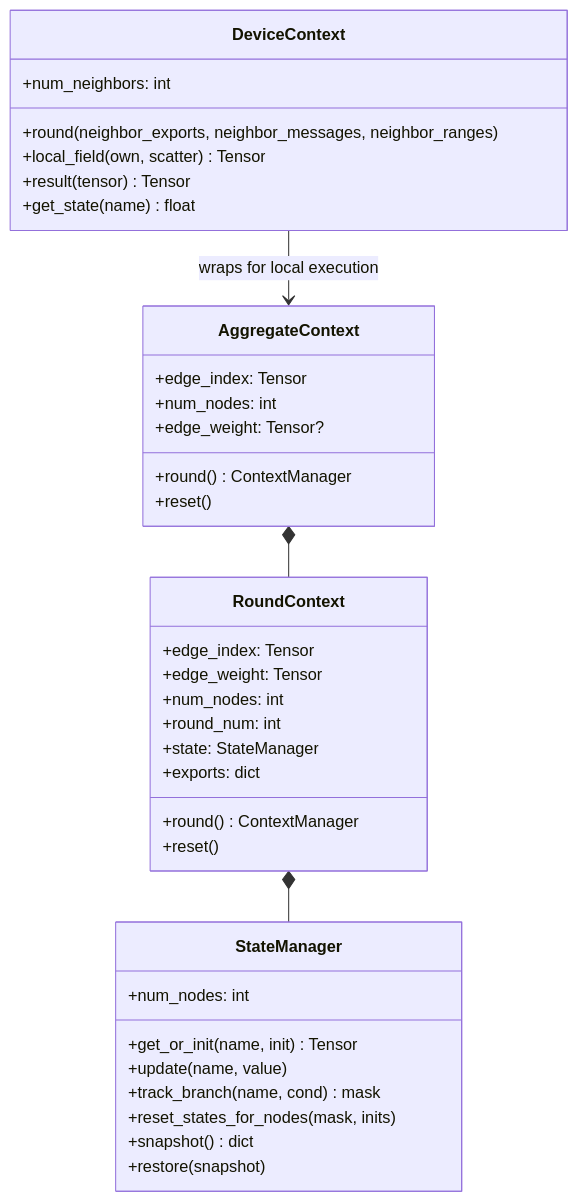
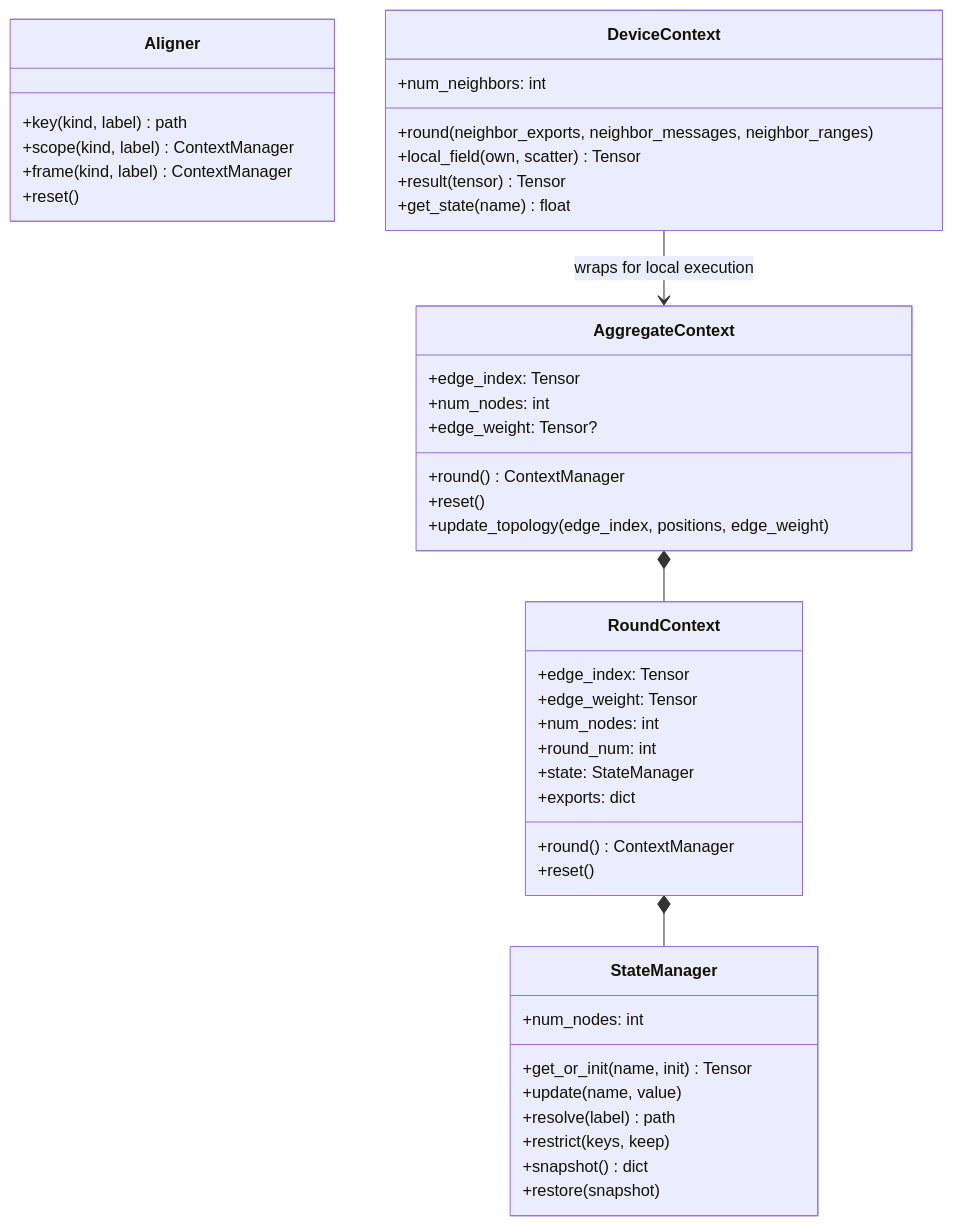
Before and after one commit to cric96/DifField: the second of 15 diagrams in docs/architecture.md, drawn with Mermaid. The commit also changed other lines of this file and 141 other files, not shown here.

````diff
--- a/docs/architecture.md
+++ b/docs/architecture.md
@@ -84,43 +84,51 @@
 ```mermaid
 classDiagram
     class AggregateContext {
         +edge_index: Tensor
         +num_nodes: int
         +edge_weight: Tensor?
         +round() ContextManager
         +reset()
+        +update_topology(edge_index, positions, edge_weight)
     }
 
     class RoundContext {
         +edge_index: Tensor
         +edge_weight: Tensor
         +num_nodes: int
         +round_num: int
         +state: StateManager
         +exports: dict
         +round() ContextManager
         +reset()
     }
 
     class StateManager {
         +num_nodes: int
         +get_or_init(name, init) Tensor
         +update(name, value)
-        +track_branch(name, cond) mask
-        +reset_states_for_nodes(mask, inits)
+        +resolve(label) path
+        +restrict(keys, keep)
         +snapshot() dict
         +restore(snapshot)
+    }
+
+    class Aligner {
+        +key(kind, label) path
+        +scope(kind, label) ContextManager
+        +frame(kind, label) ContextManager
+        +reset()
     }
 
     class DeviceContext {
         +num_neighbors: int
         +round(neighbor_exports, neighbor_messages, neighbor_ranges)
         +local_field(own, scatter) Tensor
         +result(tensor) Tensor
         +get_state(name) float
     }
 
     AggregateContext *-- RoundContext
     RoundContext *-- StateManager
     DeviceContext --> AggregateContext : wraps for local execution
 ```
````
